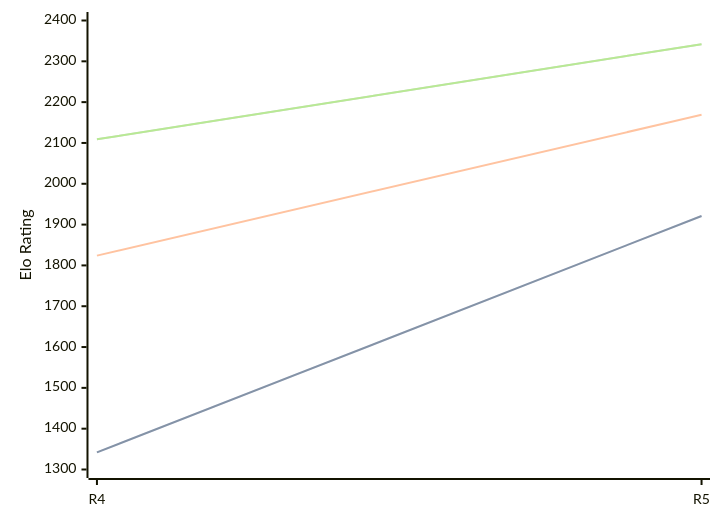
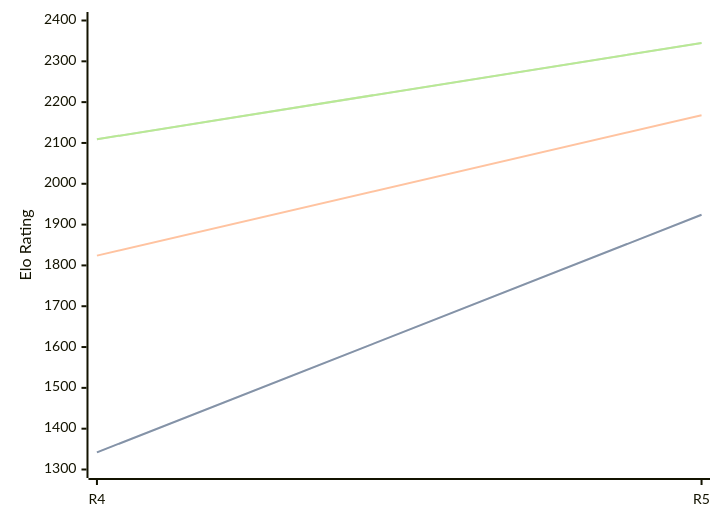
One commit to computer-chess-index/cci changed the third of 3 diagrams in engines/Viking.md. Above: the diagram before and after it, drawn with Mermaid. The commit also changed other lines of this file, not shown here.

Commit message:
Update CCI Ratings (ELO VLTC) - 2026-06-19

````diff
--- a/engines/Viking.md
+++ b/engines/Viking.md
@@ -68,11 +68,11 @@
 ```mermaid
 %%{init: {"theme":"base","themeVariables":{"seriesColors:['#a3a3a3','#222221','#faa371']}}}%%
 xychart-beta
   x-axis ["R4", "R5"]
   y-axis "Elo Rating" 1300 --> 2400
-  line "STC (8.0+0.08s)" [1342, 1921]
-  line "STC (8.0+0.08s)" [1342, 1921]
-  line "LTC (60.0+0.60s)" [1824, 2169]
-  line "VLTC (2m24s+1.12s)" [2109, 2342]
-  line "VLTC (2m24s+1.12s)" [2109, 2342]
+  line "STC (8.0+0.08s)" [1342, 1924]
+  line "STC (8.0+0.08s)" [1342, 1924]
+  line "LTC (60.0+0.60s)" [1824, 2168]
+  line "VLTC (2m24s+1.12s)" [2109, 2345]
+  line "VLTC (2m24s+1.12s)" [2109, 2345]
 ```
````
